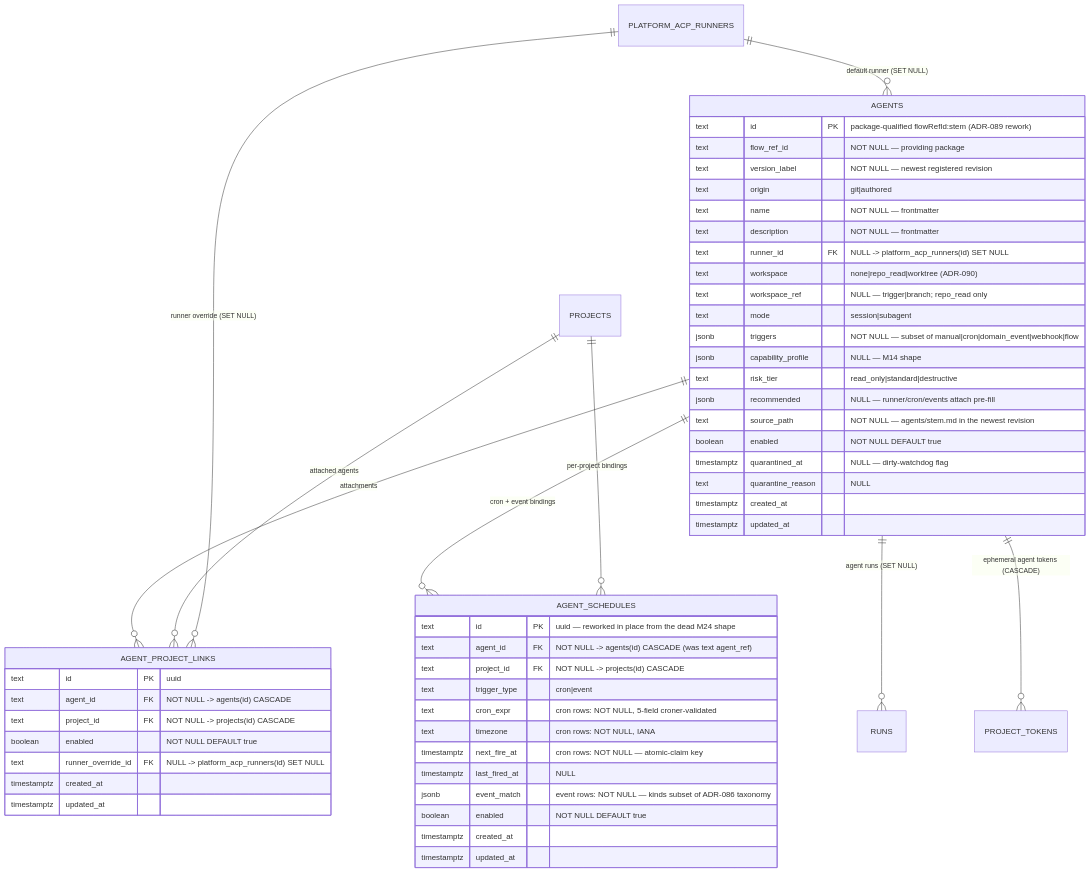
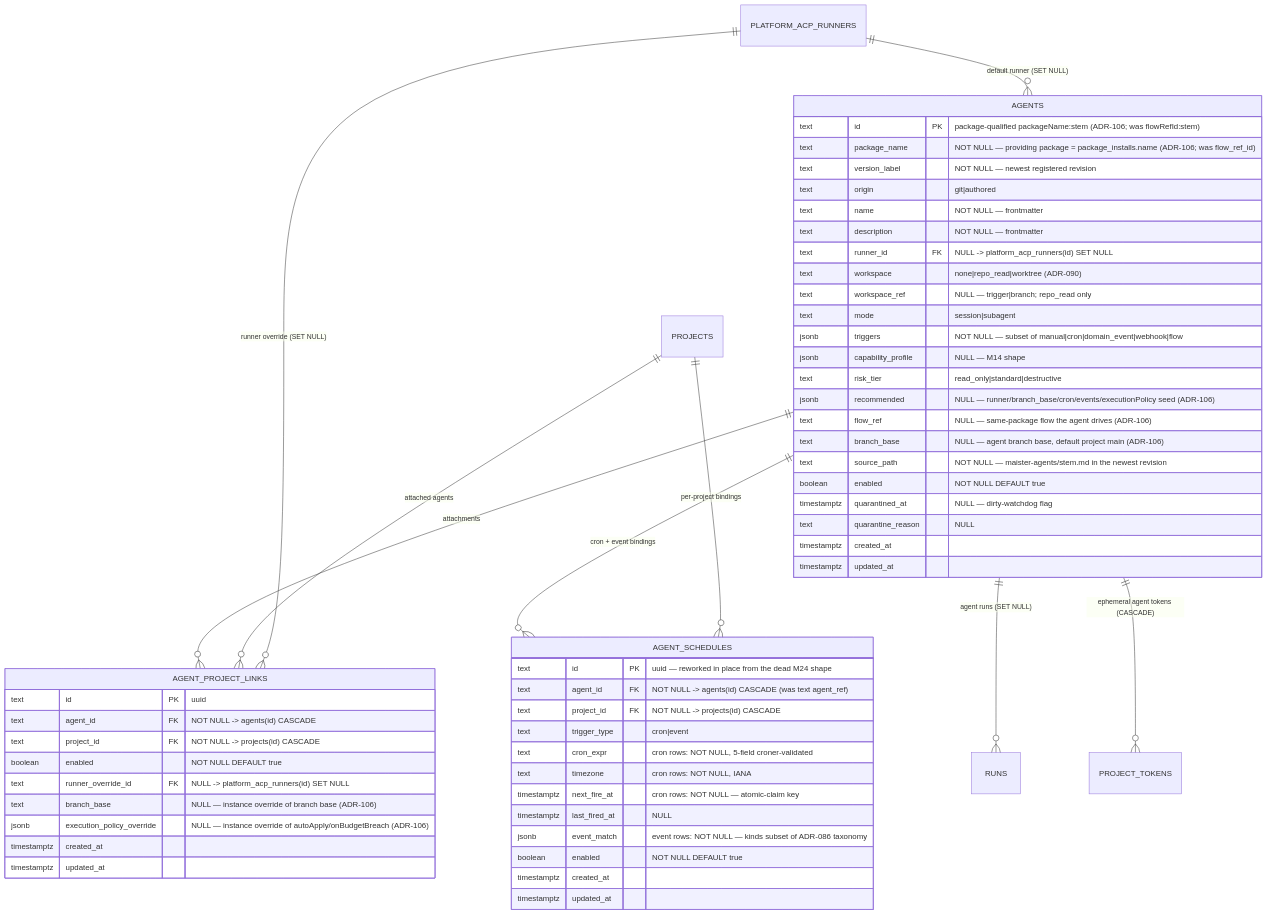
One commit to maister-dev/maister changed the diagram in docs/db/agents-domain.md. Above: the diagram before and after it, drawn with Mermaid. The commit also changed other lines of this file and 8 other files, not shown here.

````diff
--- a/docs/db/agents-domain.md
+++ b/docs/db/agents-domain.md
@@ -17,59 +25,63 @@
 ```mermaid
 erDiagram
     PLATFORM_ACP_RUNNERS ||--o{ AGENTS : "default runner (SET NULL)"
     AGENTS ||--o{ AGENT_PROJECT_LINKS : "attachments"
     PROJECTS ||--o{ AGENT_PROJECT_LINKS : "attached agents"
     PLATFORM_ACP_RUNNERS ||--o{ AGENT_PROJECT_LINKS : "runner override (SET NULL)"
     AGENTS ||--o{ AGENT_SCHEDULES : "cron + event bindings"
     PROJECTS ||--o{ AGENT_SCHEDULES : "per-project bindings"
     AGENTS ||--o{ RUNS : "agent runs (SET NULL)"
     AGENTS ||--o{ PROJECT_TOKENS : "ephemeral agent tokens (CASCADE)"
 
     AGENTS {
-        text id PK "package-qualified flowRefId:stem (ADR-089 rework)"
-        text flow_ref_id "NOT NULL — providing package"
+        text id PK "package-qualified packageName:stem (ADR-106; was flowRefId:stem)"
+        text package_name "NOT NULL — providing package = package_installs.name (ADR-106; was flow_ref_id)"
         text version_label "NOT NULL — newest registered revision"
         text origin "git|authored"
         text name "NOT NULL — frontmatter"
         text description "NOT NULL — frontmatter"
         text runner_id FK "NULL -> platform_acp_runners(id) SET NULL"
         text workspace "none|repo_read|worktree (ADR-090)"
         text workspace_ref "NULL — trigger|branch; repo_read only"
         text mode "session|subagent"
         jsonb triggers "NOT NULL — subset of manual|cron|domain_event|webhook|flow"
         jsonb capability_profile "NULL — M14 shape"
         text risk_tier "read_only|standard|destructive"
-        jsonb recommended "NULL — runner/cron/events attach pre-fill"
-        text source_path "NOT NULL — agents/stem.md in the newest revision"
+        jsonb recommended "NULL — runner/branch_base/cron/events/executionPolicy seed (ADR-106)"
+        text flow_ref "NULL — same-package flow the agent drives (ADR-106)"
+        text branch_base "NULL — agent branch base, default project main (ADR-106)"
+        text source_path "NOT NULL — maister-agents/stem.md in the newest revision"
         boolean enabled "NOT NULL DEFAULT true"
         timestamptz quarantined_at "NULL — dirty-watchdog flag"
         text quarantine_reason "NULL"
         timestamptz created_at
         timestamptz updated_at
     }
 
     AGENT_PROJECT_LINKS {
         text id PK "uuid"
         text agent_id FK "NOT NULL -> agents(id) CASCADE"
         text project_id FK "NOT NULL -> projects(id) CASCADE"
         boolean enabled "NOT NULL DEFAULT true"
         text runner_override_id FK "NULL -> platform_acp_runners(id) SET NULL"
+        text branch_base "NULL — instance override of branch base (ADR-106)"
+        jsonb execution_policy_override "NULL — instance override of autoApply/onBudgetBreach (ADR-106)"
         timestamptz created_at
         timestamptz updated_at
     }
 
     AGENT_SCHEDULES {
         text id PK "uuid — reworked in place from the dead M24 shape"
         text agent_id FK "NOT NULL -> agents(id) CASCADE (was text agent_ref)"
         text project_id FK "NOT NULL -> projects(id) CASCADE"
         text trigger_type "cron|event"
         text cron_expr "cron rows: NOT NULL, 5-field croner-validated"
         text timezone "cron rows: NOT NULL, IANA"
         timestamptz next_fire_at "cron rows: NOT NULL — atomic-claim key"
         timestamptz last_fired_at "NULL"
         jsonb event_match "event rows: NOT NULL — kinds subset of ADR-086 taxonomy"
         boolean enabled "NOT NULL DEFAULT true"
         timestamptz created_at
         timestamptz updated_at
     }
 ```
````
